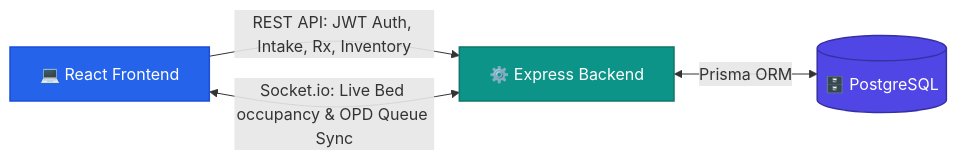
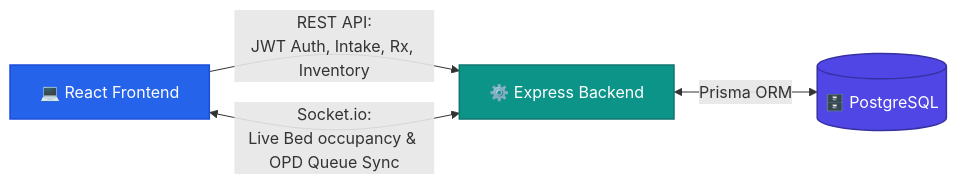
Before and after one commit to AkshayaSwati-26/iSHMRS: the second of 2 diagrams in README.md, drawn with Mermaid.

Commit message:
docs: wrap Mermaid diagram labels to reduce rendering size

````diff
--- a/README.md
+++ b/README.md
@@ -138,14 +138,14 @@
 ```mermaid
 graph LR
     classDef client fill:#2563eb,stroke:#1d4ed8,stroke-width:1.5px,color:#ffffff;
     classDef server fill:#0d9488,stroke:#0f766e,stroke-width:1.5px,color:#ffffff;
     classDef db fill:#4f46e5,stroke:#3730a3,stroke-width:1.5px,color:#ffffff;
 
     React[💻 React Frontend]:::client
     Express[⚙️ Express Backend]:::server
     DB[(🗄️ PostgreSQL)]:::db
 
-    React -->|REST API: JWT Auth, Intake, Rx, Inventory| Express
-    React <-->|Socket.io: Live Bed occupancy & OPD Queue Sync| Express
+    React -->|REST API:<br/>JWT Auth, Intake, Rx, Inventory| Express
+    React <-->|Socket.io:<br/>Live Bed occupancy & OPD Queue Sync| Express
     Express <-->|Prisma ORM| DB
 ```
````
